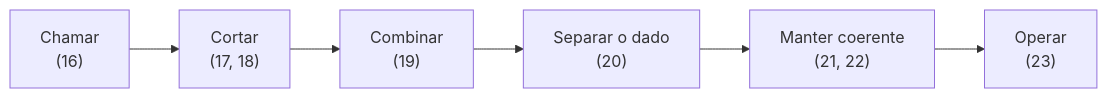
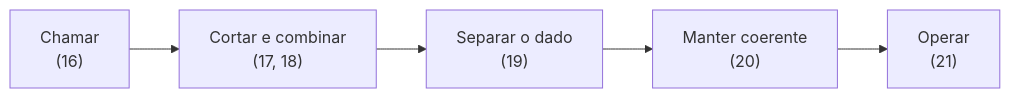
The diagram in docs/modulo3/index.md (eduardo-da-silva/fundamentos-arquitetura), drawn with Mermaid before and after one commit. The commit also changed other lines of this file and 14 other files, not shown here.

````diff
--- a/docs/modulo3/index.md
+++ b/docs/modulo3/index.md
@@ -25,8 +25,7 @@
 ```mermaid
 flowchart LR
-    A["Chamar<br/>(16)"] --> B["Cortar<br/>(17, 18)"]
-    B --> C["Combinar<br/>(19)"]
-    C --> D["Separar o dado<br/>(20)"]
-    D --> E["Manter coerente<br/>(21, 22)"]
-    E --> F["Operar<br/>(23)"]
+    A["Chamar<br/>(16)"] --> B["Cortar e combinar<br/>(17, 18)"]
+    B --> D["Separar o dado<br/>(19)"]
+    D --> E["Manter coerente<br/>(20)"]
+    E --> F["Operar<br/>(21)"]
 ```
````
